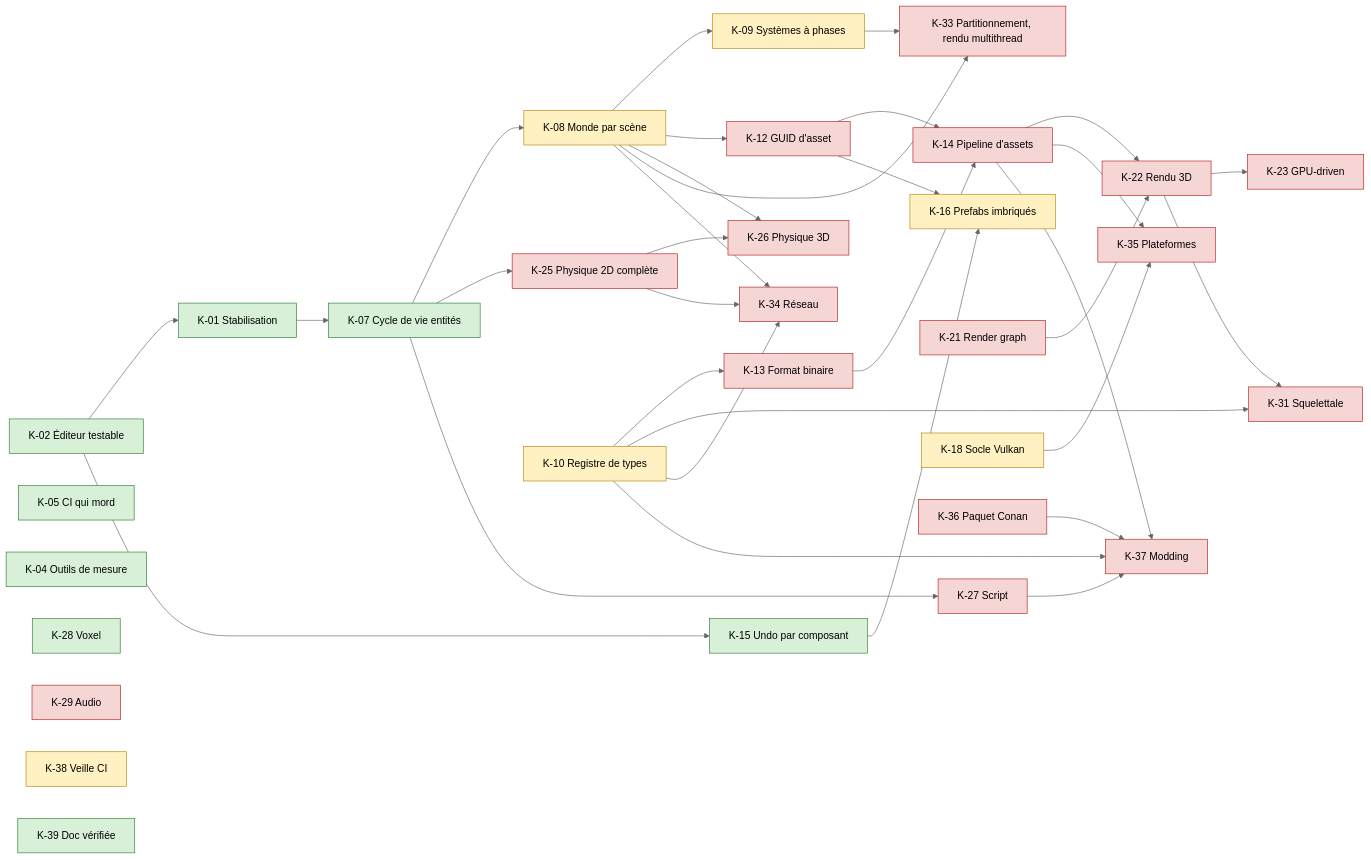
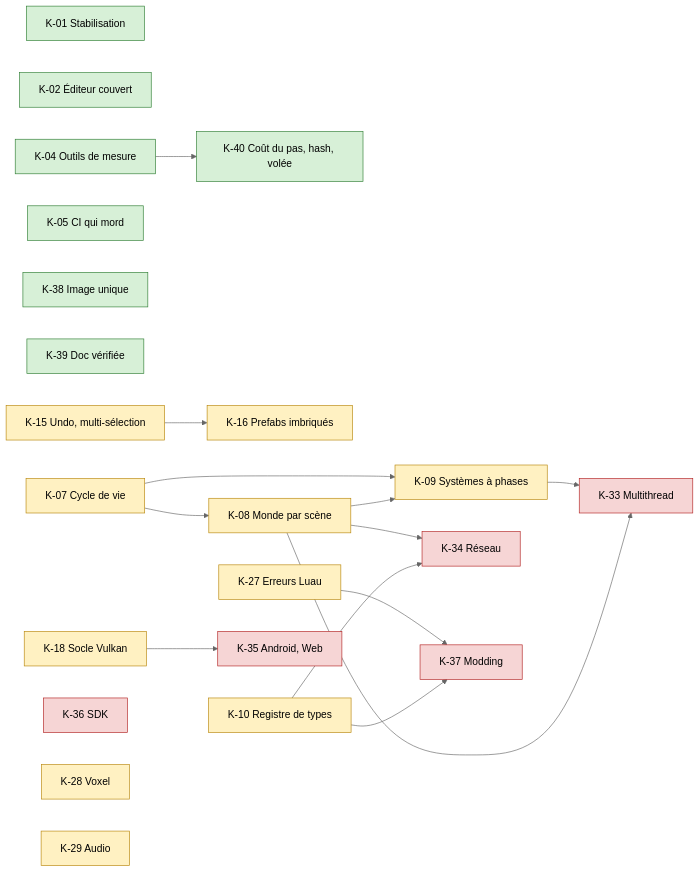
Before and after one commit to Silmaen/Owl: the diagram in doc/audit/40-avenir.md, drawn with Mermaid (neutral theme). The commit also changed other lines of this file and 137 other files, not shown here.

````diff
--- a/doc/audit/40-avenir.md
+++ b/doc/audit/40-avenir.md
@@ -369,44 +205,27 @@
 ```mermaid
 flowchart LR
     classDef court fill:#d7f0d7,stroke:#2e7d32,color:#000
     classDef moyen fill:#fff1c2,stroke:#b8860b,color:#000
     classDef long fill:#f6d5d5,stroke:#b22222,color:#000
 
-    K02[K-02 Éditeur testable]:::court --> K01[K-01 Stabilisation]:::court
-    K02 --> K15[K-15 Undo par composant]:::court
-    K01 --> K07[K-07 Cycle de vie entités]:::court
+    K01[K-01 Stabilisation]:::court
+    K02[K-02 Éditeur couvert]:::court
+    K04[K-04 Outils de mesure]:::court --> K40[K-40 Coût du pas, hash, volée]:::court
     K05[K-05 CI qui mord]:::court
-    K04[K-04 Outils de mesure]:::court
-    K07 --> K08[K-08 Monde par scène]:::moyen
-    K07 --> K25[K-25 Physique 2D complète]:::long
-    K07 --> K27[K-27 Script]:::long
+    K38[K-38 Image unique]:::court
+    K39[K-39 Doc vérifiée]:::court
+    K15[K-15 Undo, multi-sélection]:::moyen --> K16[K-16 Prefabs imbriqués]:::moyen
+    K07[K-07 Cycle de vie]:::moyen --> K08[K-08 Monde par scène]:::moyen
     K08 --> K09[K-09 Systèmes à phases]:::moyen
-    K08 --> K12[K-12 GUID d'asset]:::long
-    K08 --> K26[K-26 Physique 3D]:::long
-    K25 --> K26
-    K10[K-10 Registre de types]:::moyen --> K13[K-13 Format binaire]:::long
-    K12 --> K14[K-14 Pipeline d'assets]:::long
-    K13 --> K14
-    K12 --> K16[K-16 Prefabs imbriqués]:::moyen
-    K15 --> K16
-    K21[K-21 Render graph]:::long --> K22[K-22 Rendu 3D]:::long
-    K14 --> K22
-    K22 --> K23[K-23 GPU-driven]:::long
-    K22 --> K31[K-31 Squelettale]:::long
-    K10 --> K31
-    K08 --> K33[K-33 Partitionnement, rendu multithread]:::long
+    K07 --> K09
+    K10[K-10 Registre de types]:::moyen --> K34[K-34 Réseau]:::long
+    K08 --> K34
+    K10 --> K37[K-37 Modding]:::long
+    K27[K-27 Erreurs Luau]:::moyen --> K37
+    K18[K-18 Socle Vulkan]:::moyen --> K35[K-35 Android, Web]:::long
+    K08 --> K33[K-33 Multithread]:::long
     K09 --> K33
-    K08 --> K34[K-34 Réseau]:::long
-    K10 --> K34
-    K25 --> K34
-    K14 --> K35[K-35 Plateformes]:::long
-    K18[K-18 Socle Vulkan]:::moyen --> K35
-    K10 --> K37[K-37 Modding]:::long
-    K14 --> K37
-    K27 --> K37
-    K36[K-36 Paquet Conan]:::long --> K37
-    K28[K-28 Voxel]:::court
-    K29[K-29 Audio]:::long
-    K38[K-38 Veille CI]:::moyen
-    K39[K-39 Doc vérifiée]:::court
+    K36[K-36 SDK]:::long
+    K28[K-28 Voxel]:::moyen
+    K29[K-29 Audio]:::moyen
 ```
````
